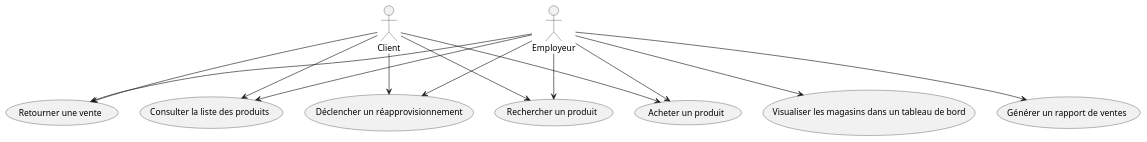
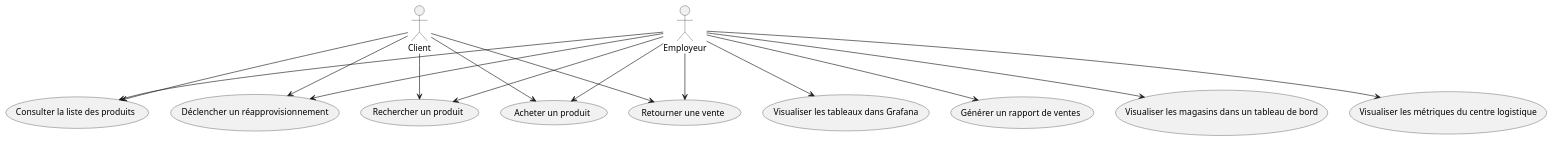
Before and after one commit to Barlow-Personal-Git/Projet_LOG430: the diagram in docs/UML/cas_utilisation.puml, drawn with PlantUML. The commit also changed 19 other files, not shown here.

Commit message:
Update diagramme

```diff
--- a/docs/UML/cas_utilisation.puml
+++ b/docs/UML/cas_utilisation.puml
@@ -1,25 +1,29 @@
 @startuml
 actor "Client" as Client
-actor "Employeur" as Systeme
+actor "Employeur" as Employeur
 
 usecase "Rechercher un produit" as UC1
 usecase "Acheter un produit" as UC2
 usecase "Retourner une vente" as UC3
 usecase "Consulter la liste des produits" as UC4
 usecase "Déclencher un réapprovisionnement" as UC5
 usecase "Générer un rapport de ventes" as UC6
 usecase "Visualiser les magasins dans un tableau de bord" as UC7
+usecase "Visualiser les métriques du centre logistique" as UC8
+usecase "Visualiser les tableaux dans Grafana" as UC9
 
 Client --> UC1
 Client --> UC2
 Client --> UC3
 Client --> UC4
 Client --> UC5
-Systeme --> UC1
-Systeme --> UC2
-Systeme --> UC3
-Systeme --> UC4
-Systeme --> UC5
-Systeme --> UC6
-Systeme --> UC7
+Employeur --> UC1
+Employeur --> UC2
+Employeur --> UC3
+Employeur --> UC4
+Employeur --> UC5
+Employeur --> UC6
+Employeur --> UC7
+Employeur --> UC8
+Employeur --> UC9
 @enduml
```
